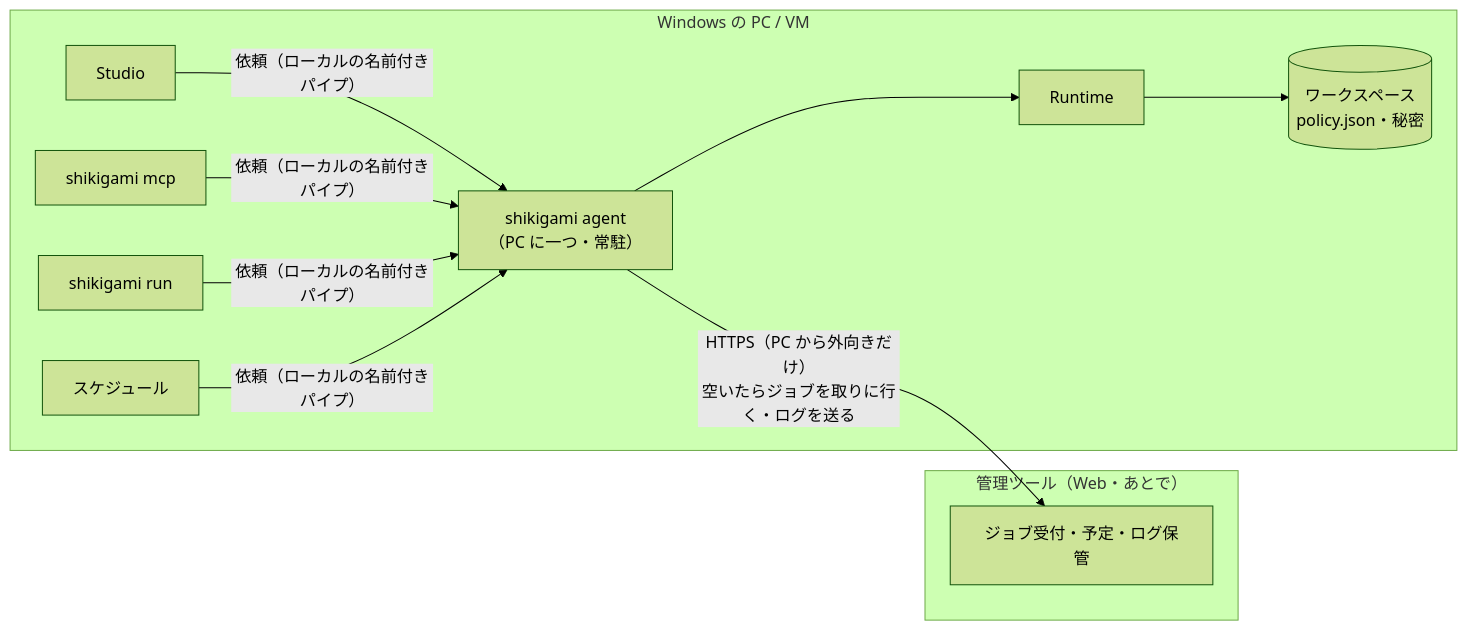
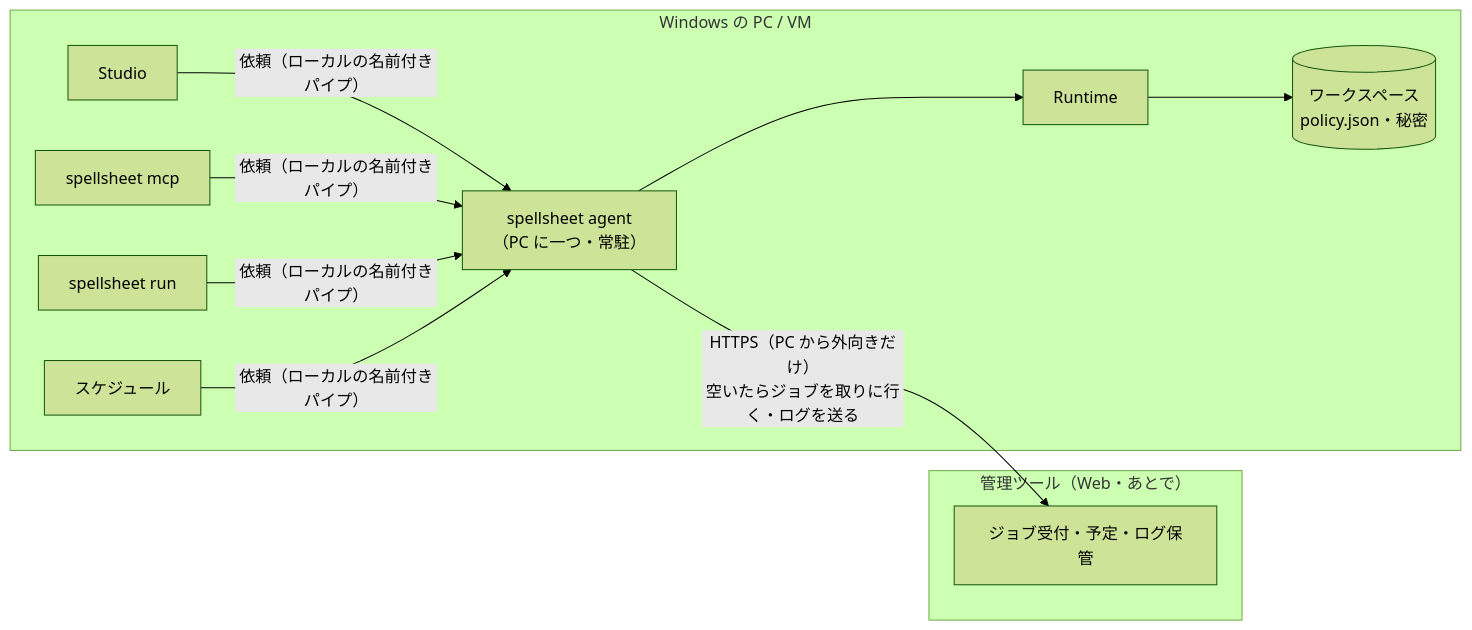
The diagram in docs/design/remote-runs.md (d-shiina/shikigami), drawn with Mermaid (forest theme) before and after one commit. The commit also changed other lines of this file and 731 other files, not shown here.

````diff
--- a/docs/design/remote-runs.md
+++ b/docs/design/remote-runs.md
@@ -41,19 +41,19 @@
 ```mermaid
 flowchart LR
   subgraph cloud[管理ツール（Web・あとで）]
     API[ジョブ受付・予定・ログ保管]
   end
   subgraph pc[Windows の PC / VM]
     ST[Studio]
-    MCP[shikigami mcp]
-    CLI[shikigami run]
+    MCP[spellsheet mcp]
+    CLI[spellsheet run]
     SCH[スケジュール]
-    AG["shikigami agent<br/>（PC に一つ・常駐）"]
+    AG["spellsheet agent<br/>（PC に一つ・常駐）"]
     RT[Runtime]
     WS[(ワークスペース<br/>policy.json・秘密)]
   end
   ST & MCP & CLI & SCH -- "依頼（ローカルの名前付きパイプ）" --> AG
   AG -- "HTTPS（PC から外向きだけ）<br/>空いたらジョブを取りに行く・ログを送る" --> API
   AG --> RT
   RT --> WS
 ```
````
